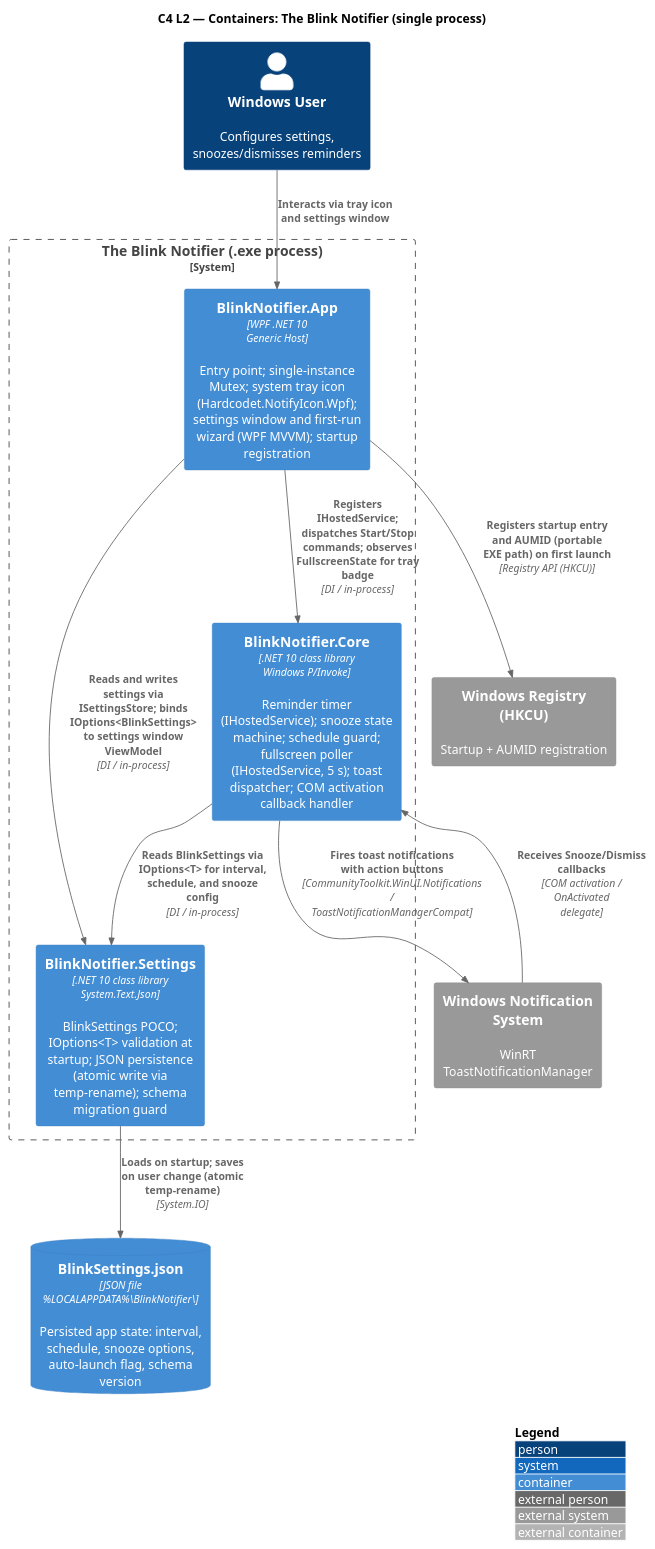
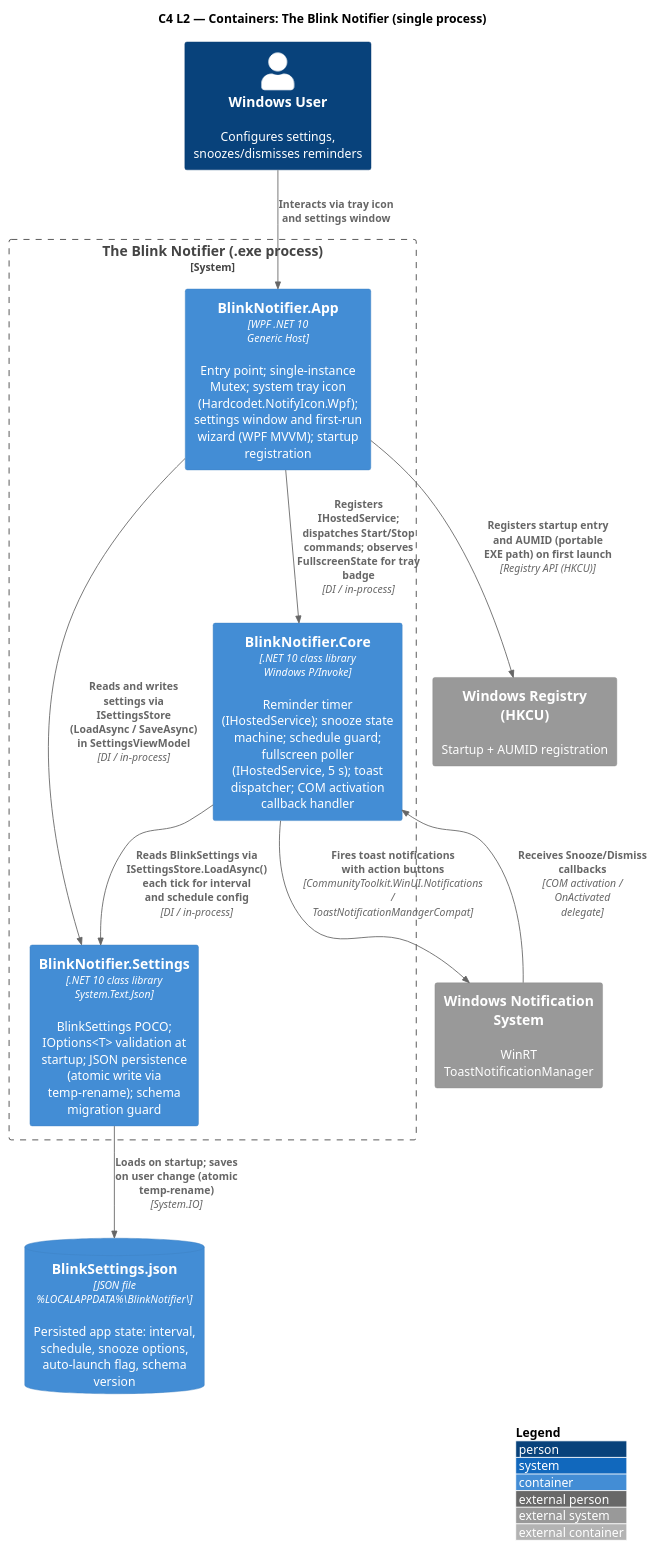
The diagram in docs/diagrams/c2-containers.puml (abrahamFerga/the-blink-notifier), drawn with PlantUML before and after one commit. The commit also changed 1 other file, not shown here.

Commit message:
docs: correct two inaccuracies in architecture docs
ARCH.md: accessibility row claimed labels were "verified with
Accessibility Insights for Windows" — the tool was never run; labels
were verified by code review of XAML. Corrects a false claim.

c2-containers.puml: two Rel() descriptions said components read settings
via IOptions<BlinkSettings>, but ADR-0013 documents (and the code
confirms) that both ReminderTimerService and SettingsViewModel use
ISettingsStore.LoadAsync() directly. The IOptions<T> path was removed
as an explicit design decision; the diagram was never updated to match.

```diff
--- a/docs/diagrams/c2-containers.puml
+++ b/docs/diagrams/c2-containers.puml
@@ -1,34 +1,34 @@
 @startuml c2-containers
 !include https://raw.githubusercontent.com/plantuml-stdlib/C4-PlantUML/master/C4_Container.puml
 
 LAYOUT_WITH_LEGEND()
 
 title C4 L2 — Containers: The Blink Notifier (single process)
 
 Person(user, "Windows User", "Configures settings, snoozes/dismisses reminders")
 
 System_Boundary(blink, "The Blink Notifier (.exe process)") {
 
     Container(app, "BlinkNotifier.App", "WPF .NET 10\nGeneric Host", "Entry point; single-instance Mutex; system tray icon (Hardcodet.NotifyIcon.Wpf); settings window and first-run wizard (WPF MVVM); startup registration")
 
     Container(core, "BlinkNotifier.Core", ".NET 10 class library\nWindows P/Invoke", "Reminder timer (IHostedService); snooze state machine; schedule guard; fullscreen poller (IHostedService, 5 s); toast dispatcher; COM activation callback handler")
 
     Container(settings_lib, "BlinkNotifier.Settings", ".NET 10 class library\nSystem.Text.Json", "BlinkSettings POCO; IOptions<T> validation at startup; JSON persistence (atomic write via temp-rename); schema migration guard")
 
 }
 
 ContainerDb(settings_file, "BlinkSettings.json", "JSON file\n%LOCALAPPDATA%\\BlinkNotifier\\", "Persisted app state: interval, schedule, snooze options, auto-launch flag, schema version")
 
 System_Ext(wintoast, "Windows Notification System", "WinRT ToastNotificationManager")
 System_Ext(winreg, "Windows Registry (HKCU)", "Startup + AUMID registration")
 
 Rel(user, app, "Interacts via tray icon and settings window")
 Rel(app, core, "Registers IHostedService; dispatches Start/Stop commands; observes FullscreenState for tray badge", "DI / in-process")
-Rel(app, settings_lib, "Reads and writes settings via ISettingsStore; binds IOptions<BlinkSettings> to settings window ViewModel", "DI / in-process")
-Rel(core, settings_lib, "Reads BlinkSettings via IOptions<T> for interval, schedule, and snooze config", "DI / in-process")
+Rel(app, settings_lib, "Reads and writes settings via ISettingsStore (LoadAsync / SaveAsync) in SettingsViewModel", "DI / in-process")
+Rel(core, settings_lib, "Reads BlinkSettings via ISettingsStore.LoadAsync() each tick for interval and schedule config", "DI / in-process")
 Rel(settings_lib, settings_file, "Loads on startup; saves on user change (atomic temp-rename)", "System.IO")
 Rel(core, wintoast, "Fires toast notifications with action buttons", "CommunityToolkit.WinUI.Notifications / ToastNotificationManagerCompat")
 Rel_Back(core, wintoast, "Receives Snooze/Dismiss callbacks", "COM activation / OnActivated delegate")
 Rel(app, winreg, "Registers startup entry and AUMID (portable EXE path) on first launch", "Registry API (HKCU)")
 
 @enduml
```
